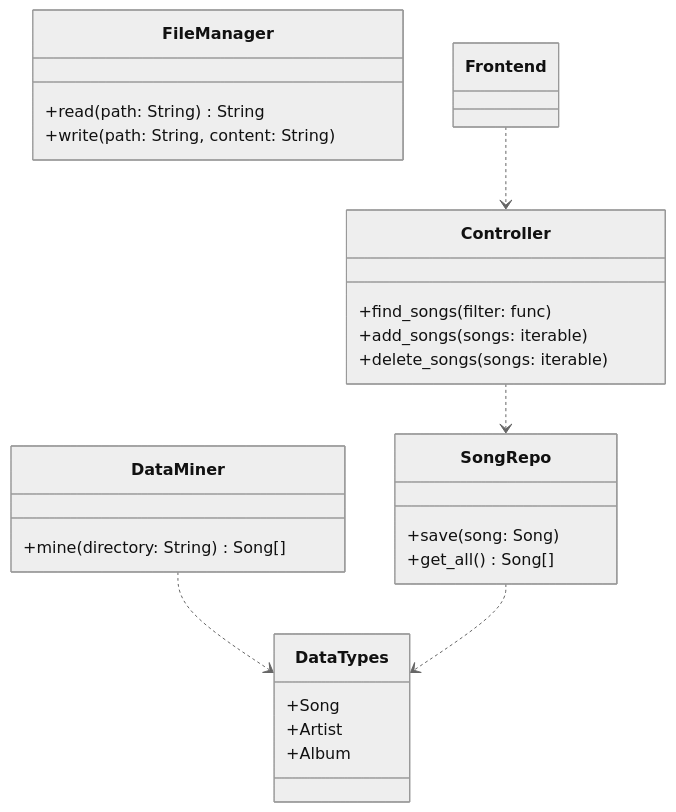
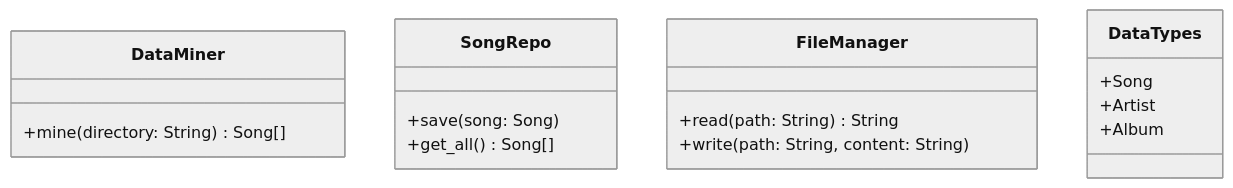
Before and after one commit to hdvvaldes/MP3Interface: the first of 3 diagrams in doc/DESIGN.md, drawn with Mermaid (neutral theme). The commit also changed other lines of this file, not shown here.

Commit message:
design(Model and Controller): Divion of the roles of each MVC part

````diff
--- a/doc/DESIGN.md
+++ b/doc/DESIGN.md
@@ -18,29 +18,19 @@
 ```mermaid
 classDiagram
     class DataMiner {
         +mine(directory: String) Song[]
     }
     class SongRepo {
         +save(song: Song)
         +get_all() Song[]
     }
     class FileManager {
         +read(path: String) String
         +write(path: String, content: String)
     }
     class DataTypes {
         +Song
         +Artist
         +Album
     }
-    class Controller {
-        +find_songs(filter: func)
-        +add_songs(songs: iterable)
-        +delete_songs(songs: iterable)
-    }
-
-    DataMiner ..> DataTypes
-    SongRepo ..> DataTypes
-    Controller ..> SongRepo
-    Frontend ..> Controller
 ```
````
